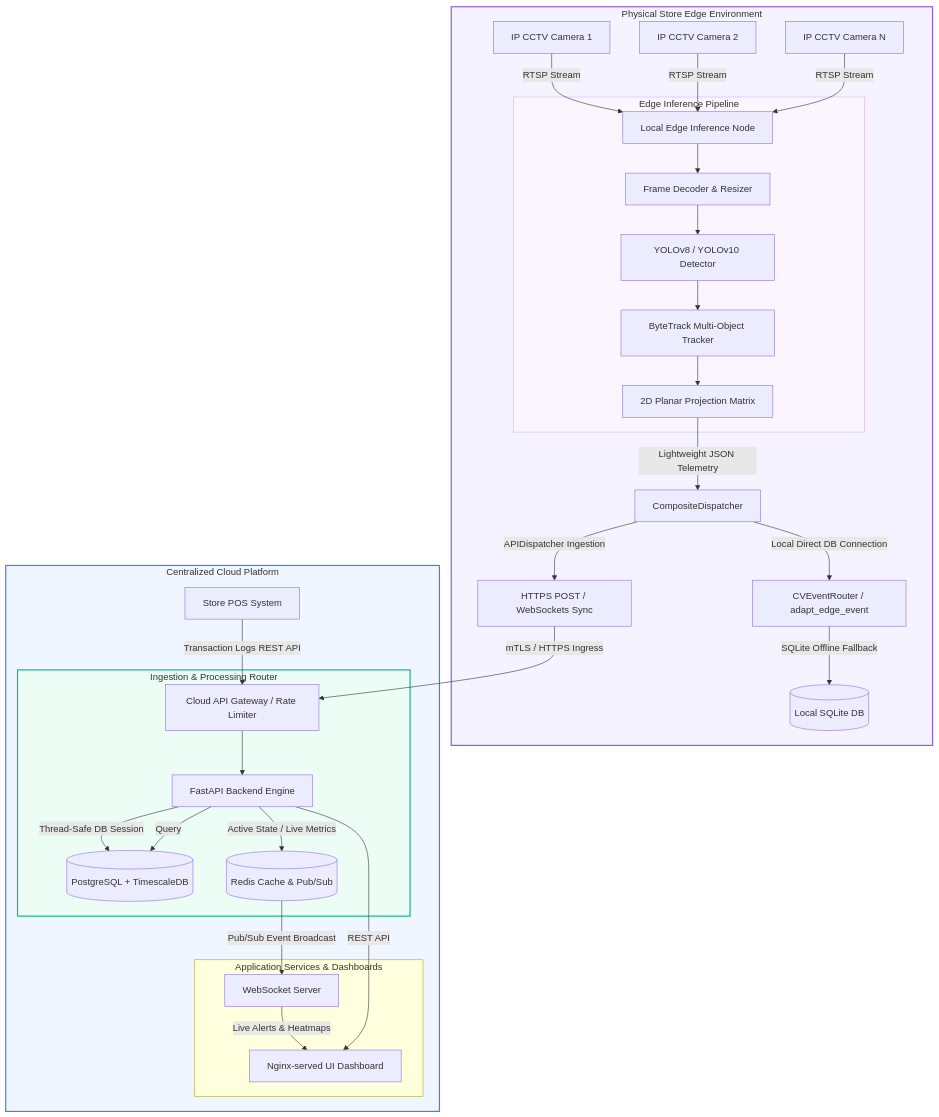
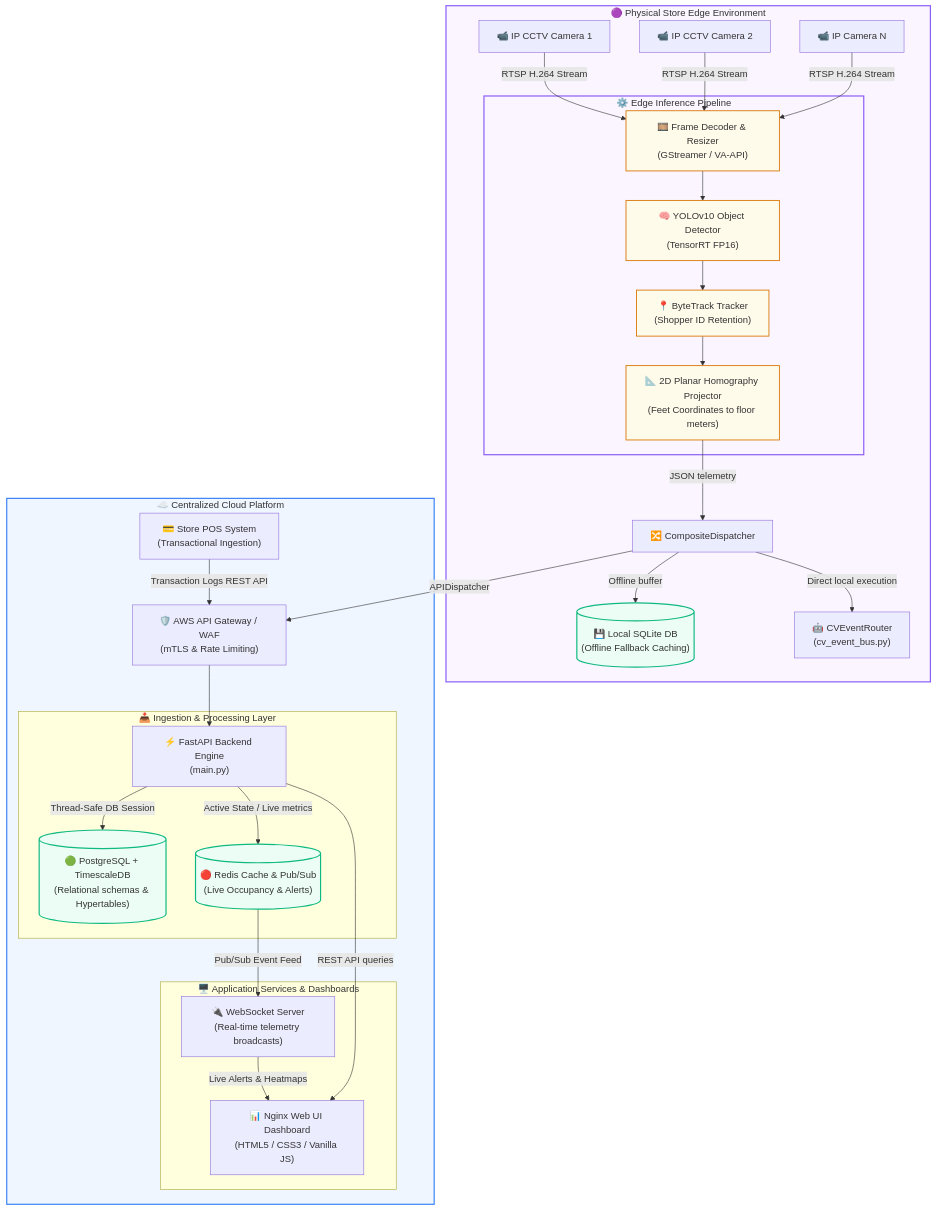
The first of 5 diagrams in DESIGN.md (akash012345678/AI-Store-Intelligence), drawn with Mermaid before and after one commit. The commit also changed other lines of this file, not shown here.

````diff
--- a/DESIGN.md
+++ b/DESIGN.md
@@ -24,43 +27,67 @@
 ```mermaid
-graph TD
-    subgraph Store_Edge [Physical Store Edge Environment]
-        C1[IP CCTV Camera 1] -->|RTSP Stream| EN[Local Edge Inference Node]
-        C2[IP CCTV Camera 2] -->|RTSP Stream| EN
-        C3[IP CCTV Camera N] -->|RTSP Stream| EN
+graph TB
+    subgraph Store_Edge ["🟣 Physical Store Edge Environment"]
+        C1["📹 IP CCTV Camera 1"]
+        C2["📹 IP CCTV Camera 2"]
+        C3["📹 IP Camera N"]
         
-        subgraph Edge_Pipeline [Edge Inference Pipeline]
-            EN --> FDec[Frame Decoder & Resizer]
-            FDec --> ObjectDet[YOLOv8 / YOLOv10 Detector]
-            ObjectDet --> Tracker[ByteTrack Multi-Object Tracker]
-            Tracker --> SpatialProject[2D Planar Projection Matrix]
+        subgraph Edge_Pipeline ["⚙️ Edge Inference Pipeline"]
+            FDec["🎞️ Frame Decoder & Resizer<br/>(GStreamer / VA-API)"]
+            ObjectDet["🧠 YOLOv10 Object Detector<br/>(TensorRT FP16)"]
+            Tracker["📍 ByteTrack Tracker<br/>(Shopper ID Retention)"]
+            SpatialProject["📐 2D Planar Homography Projector<br/>(Feet Coordinates to floor meters)"]
         end
         
-        SpatialProject -->|Lightweight JSON Telemetry| Dispatcher[CompositeDispatcher]
-        Dispatcher -->|Local Direct DB Connection| DB_Router[CVEventRouter / adapt_edge_event]
-        Dispatcher -->|APIDispatcher Ingestion| EdgeSync[HTTPS POST / WebSockets Sync]
-        DB_Router -->|SQLite Offline Fallback| LocalDB[(Local SQLite DB)]
+        Dispatcher["🔀 CompositeDispatcher"]
+        LocalDB[("💾 Local SQLite DB<br/>(Offline Fallback Caching)")]
+        DB_Router["🤖 CVEventRouter<br/>(cv_event_bus.py)"]
     end
 
-    subgraph Cloud_Platform [Centralized Cloud Platform]
-        EdgeSync -->|mTLS / HTTPS Ingress| APIGateway[Cloud API Gateway / Rate Limiter]
-        POS[Store POS System] -->|Transaction Logs REST API| APIGateway
+    subgraph Cloud_Platform ["☁️ Centralized Cloud Platform"]
+        APIGateway["🛡️ AWS API Gateway / WAF<br/>(mTLS & Rate Limiting)"]
+        POS["💳 Store POS System<br/>(Transactional Ingestion)"]
         
-        subgraph Ingestion_Layer [Ingestion & Processing Router]
-            APIGateway --> FastAPI[FastAPI Backend Engine]
-            FastAPI -->|Thread-Safe DB Session| TSDB[(PostgreSQL + TimescaleDB)]
-            FastAPI -->|Active State / Live Metrics| Redis[(Redis Cache & Pub/Sub)]
+        subgraph Ingestion_Layer ["📥 Ingestion & Processing Layer"]
+            FastAPI["⚡ FastAPI Backend Engine<br/>(main.py)"]
+            TSDB[("🟢 PostgreSQL + TimescaleDB<br/>(Relational schemas & Hypertables)")]
+            Redis[("🔴 Redis Cache & Pub/Sub<br/>(Live Occupancy & Alerts)")]
         end
 
-        subgraph Application_Layer [Application Services & Dashboards]
-            FastAPI -->|Query| TSDB
-            Redis -->|Pub/Sub Event Broadcast| WSServer[WebSocket Server]
-            WSServer -->|Live Alerts & Heatmaps| AdminDashboard[Nginx-served UI Dashboard]
-            FastAPI -->|REST API| AdminDashboard
+        subgraph Application_Layer ["🖥️ Application Services & Dashboards"]
+            WSServer["🔌 WebSocket Server<br/>(Real-time telemetry broadcasts)"]
+            AdminDashboard["📊 Nginx Web UI Dashboard<br/>(HTML5 / CSS3 / Vanilla JS)"]
         end
     end
 
-    style Store_Edge fill:#f5f3ff,stroke:#8b5cf6,stroke-width:2px
-    style Cloud_Platform fill:#eff6ff,stroke:#3b82f6,stroke-width:2px
-    style Edge_Pipeline fill:#faf5ff,stroke:#d8b4fe,stroke-width:1px
-    style Ingestion_Layer fill:#ecfdf5,stroke:#10b981,stroke-width:2px
+    %% Edge Ingestion Flow
+    C1 -->|RTSP H.264 Stream| FDec
+    C2 -->|RTSP H.264 Stream| FDec
+    C3 -->|RTSP H.264 Stream| FDec
+    FDec --> ObjectDet
+    ObjectDet --> Tracker
+    Tracker --> SpatialProject
+    SpatialProject -->|JSON telemetry| Dispatcher
+    Dispatcher -->|Offline buffer| LocalDB
+    Dispatcher -->|Direct local execution| DB_Router
+    Dispatcher -->|APIDispatcher| APIGateway
+
+    %% Cloud Ingestion Flow
+    APIGateway --> FastAPI
+    POS -->|Transaction Logs REST API| APIGateway
+    FastAPI -->|Thread-Safe DB Session| TSDB
+    FastAPI -->|Active State / Live metrics| Redis
+    Redis -->|Pub/Sub Event Feed| WSServer
+    WSServer -->|Live Alerts & Heatmaps| AdminDashboard
+    FastAPI -->|REST API queries| AdminDashboard
+
+    %% Mermaid Styling Classes
+    classDef edgeStyle fill:#faf5ff,stroke:#8b5cf6,stroke-width:2px;
+    classDef cloudStyle fill:#eff6ff,stroke:#3b82f6,stroke-width:2px;
+    classDef dbStyle fill:#ecfdf5,stroke:#10b981,stroke-width:2px;
+    classDef pipeStyle fill:#fffbeb,stroke:#d97706,stroke-width:1.5px;
+    
+    class Store_Edge,Edge_Pipeline edgeStyle;
+    class Cloud_Platform cloudStyle;
+    class TSDB,Redis,LocalDB dbStyle;
+    class FDec,ObjectDet,Tracker,SpatialProject pipeStyle;
 ```
````
